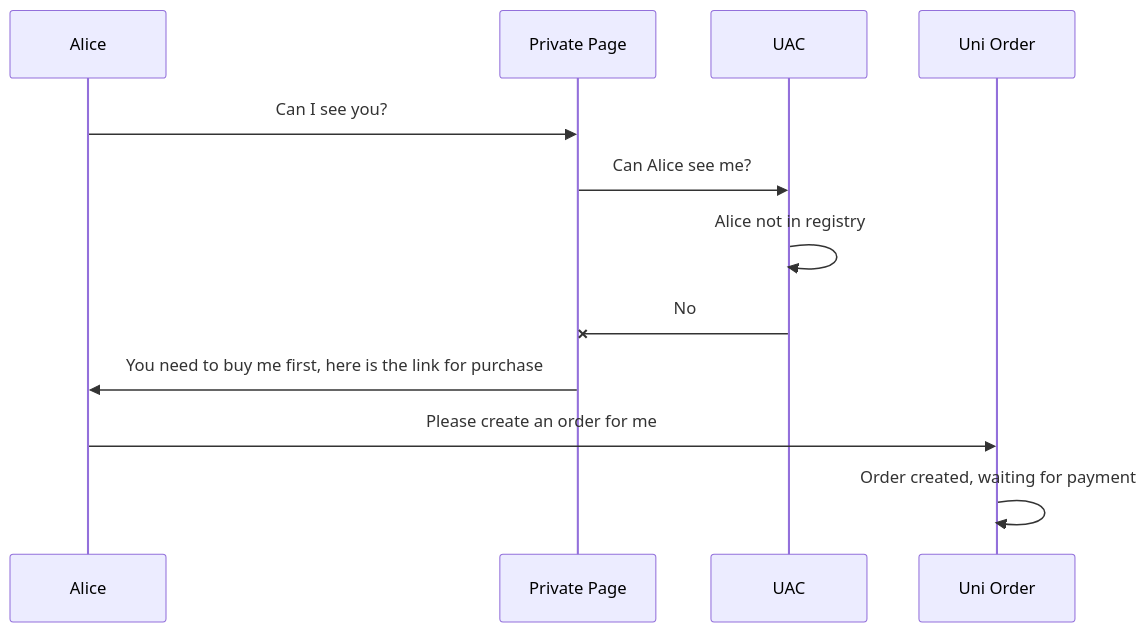
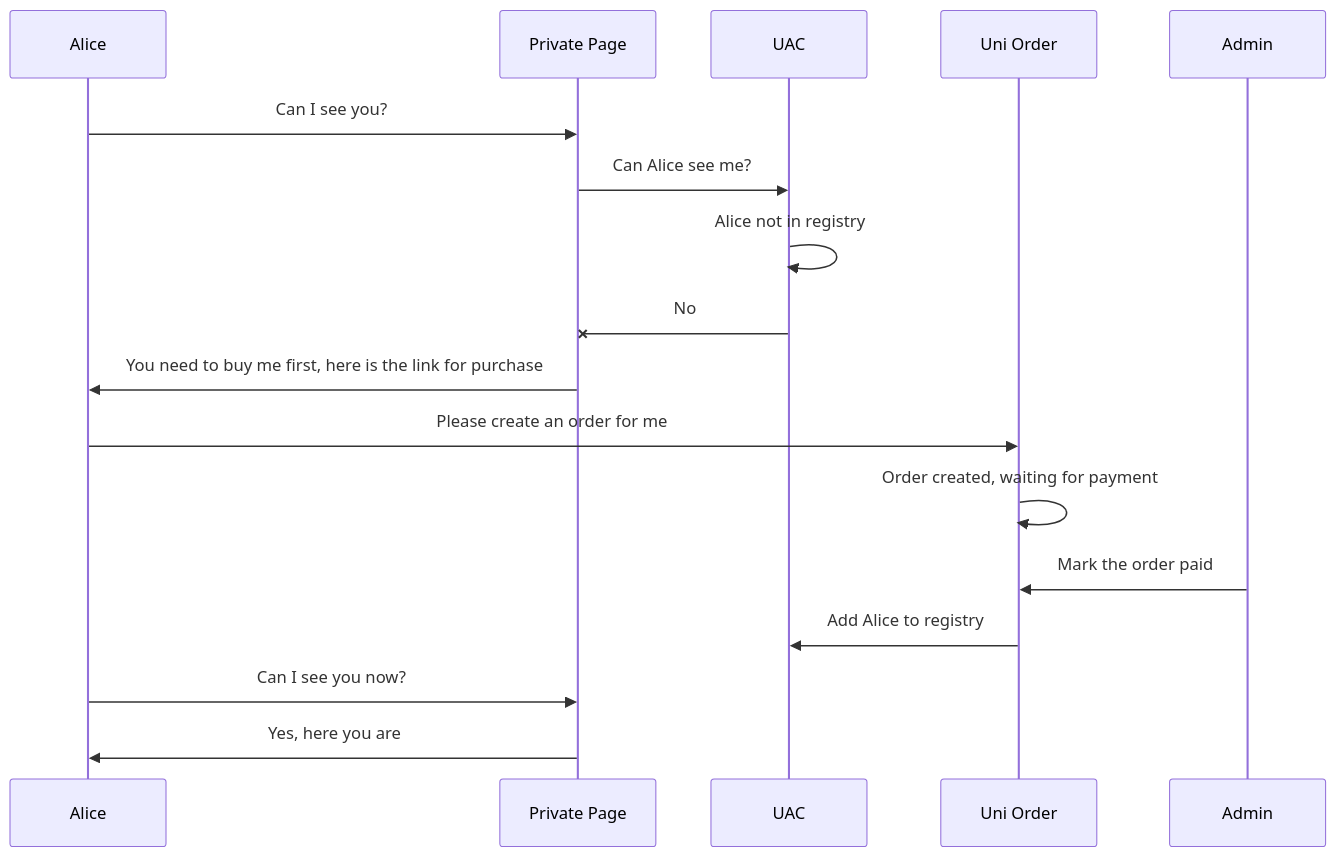
One commit to Jeff-Tian/space changed the diagram in src/pages/posts/uni-arch.md.md. Above: the diagram before and after it, drawn with Mermaid. The commit also changed other lines of this file, not shown here.

Commit message:
src/pages/posts/uni-arch.md.md updated from https://stackedit.io/

````diff
--- a/src/pages/posts/uni-arch.md.md
+++ b/src/pages/posts/uni-arch.md.md
@@ -9,11 +9,14 @@
 ```mermaid
 sequenceDiagram
 Alice ->> Private Page: Can I see you?
 Private Page ->> UAC: Can Alice see me?
 UAC ->> UAC: Alice not in registry
 UAC -x Private Page: No
 Private Page ->> Alice : You need to buy me first, here is the link for purchase
 Alice ->> Uni Order: Please create an order for me
 Uni Order ->> Uni Order: Order created, waiting for payment
-
+Admin ->> Uni Order: Mark the order paid
+Uni Order ->> UAC: Add Alice to registry
+Alice ->> Private Page: Can I see you now?
+Private Page ->> Alice: Yes, here you are
 ```
````
